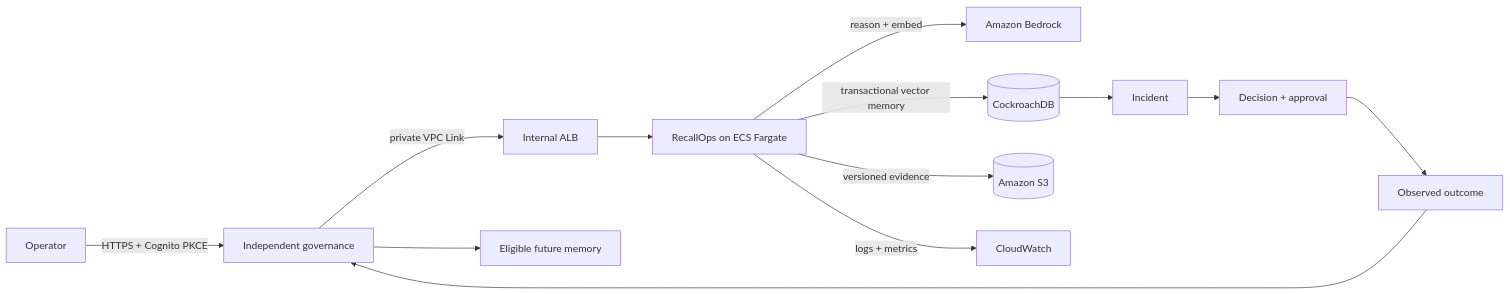
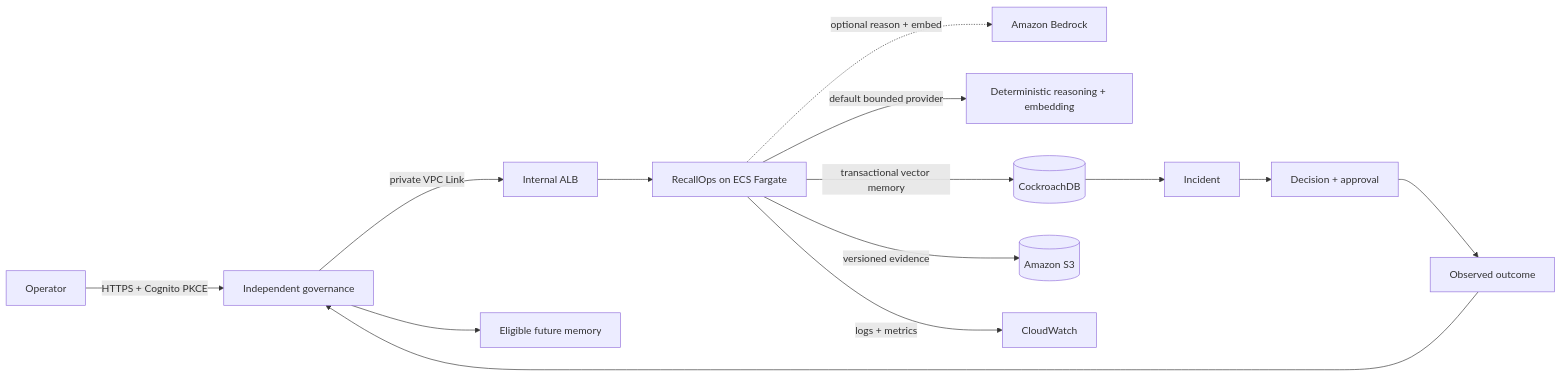
The diagram in docs/ARCHITECTURE.md (milos-plavsic/recallops), drawn with Mermaid before and after one commit. The commit also changed other lines of this file and 68 other files, not shown here.

````diff
--- a/docs/ARCHITECTURE.md
+++ b/docs/ARCHITECTURE.md
@@ -45,15 +71,16 @@
 ```mermaid
 flowchart LR
   O[Operator] -->|HTTPS + Cognito PKCE| G[API Gateway]
   G -->|private VPC Link| L[Internal ALB]
   L --> A[RecallOps on ECS Fargate]
-  A -->|reason + embed| B[Amazon Bedrock]
+  A -.->|optional reason + embed| B[Amazon Bedrock]
+  A -->|default bounded provider| D[Deterministic reasoning + embedding]
   A -->|transactional vector memory| C[(CockroachDB)]
   A -->|versioned evidence| S[(Amazon S3)]
   A -->|logs + metrics| W[CloudWatch]
   C --> I[Incident]
-  I --> D[Decision + approval]
-  D --> U[Observed outcome]
+  I --> P[Decision + approval]
+  P --> U[Observed outcome]
   U --> G[Independent governance]
   G --> M[Eligible future memory]
 ```
````
